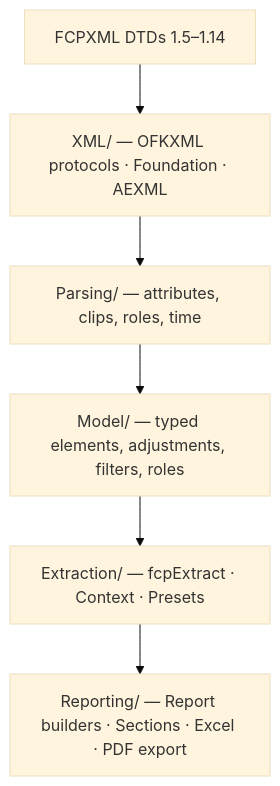
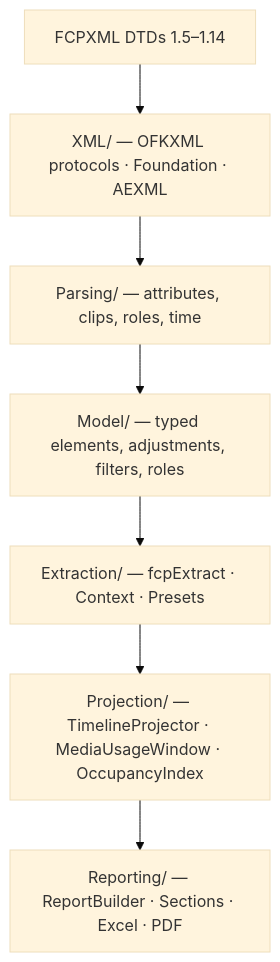
The second of 4 diagrams in ARCHITECTURE.md (TheAcharya/OpenFCPXMLKit), drawn with Mermaid (base theme) before and after one commit. The commit also changed other lines of this file and 131 other files, not shown here.

First line of the commit message:
Add timeline Projection and wire reports to it.

````diff
--- a/ARCHITECTURE.md
+++ b/ARCHITECTURE.md
@@ -174,11 +184,12 @@
 ```mermaid
 flowchart TB
     DTD["FCPXML DTDs 1.5–1.14"]
     XML["XML/ — OFKXML protocols · Foundation · AEXML"]
     PRS["Parsing/ — attributes, clips, roles, time"]
     MDL["Model/ — typed elements, adjustments, filters, roles"]
     EXT["Extraction/ — fcpExtract · Context · Presets"]
-    REP["Reporting/ — Report builders · Sections · Excel · PDF export"]
+    PRJ["Projection/ — TimelineProjector · MediaUsageWindow · OccupancyIndex"]
+    REP["Reporting/ — ReportBuilder · Sections · Excel · PDF"]
 
-    DTD --> XML --> PRS --> MDL --> EXT --> REP
+    DTD --> XML --> PRS --> MDL --> EXT --> PRJ --> REP
 ```
````
